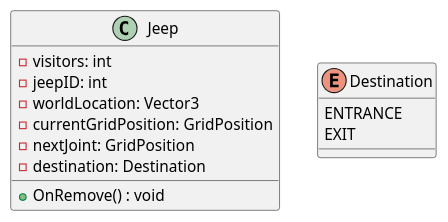
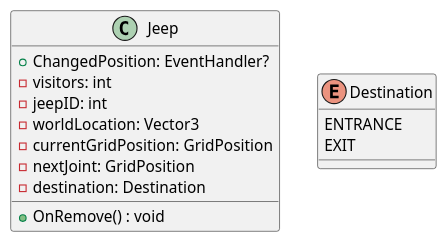
The diagram in class-diagram/model/jeep.plantuml (Peter-Balint/SafariGame), drawn with PlantUML before and after one commit. The commit also changed 7 other files, not shown here.

```diff
--- a/class-diagram/model/jeep.plantuml
+++ b/class-diagram/model/jeep.plantuml
@@ -1,20 +1,21 @@
 @startuml jeep
 
 class Jeep{
+ +ChangedPosition: EventHandler?
  -visitors: int
  -jeepID: int
  -worldLocation: Vector3
   /' for a* representation for the pathfinding '/
  -currentGridPosition: GridPosition
  -nextJoint: GridPosition
  -destination: Destination
 
  +OnRemove() : void
 }
 
 enum Destination{
     ENTRANCE
     EXIT
 }
 
 @enduml
```
